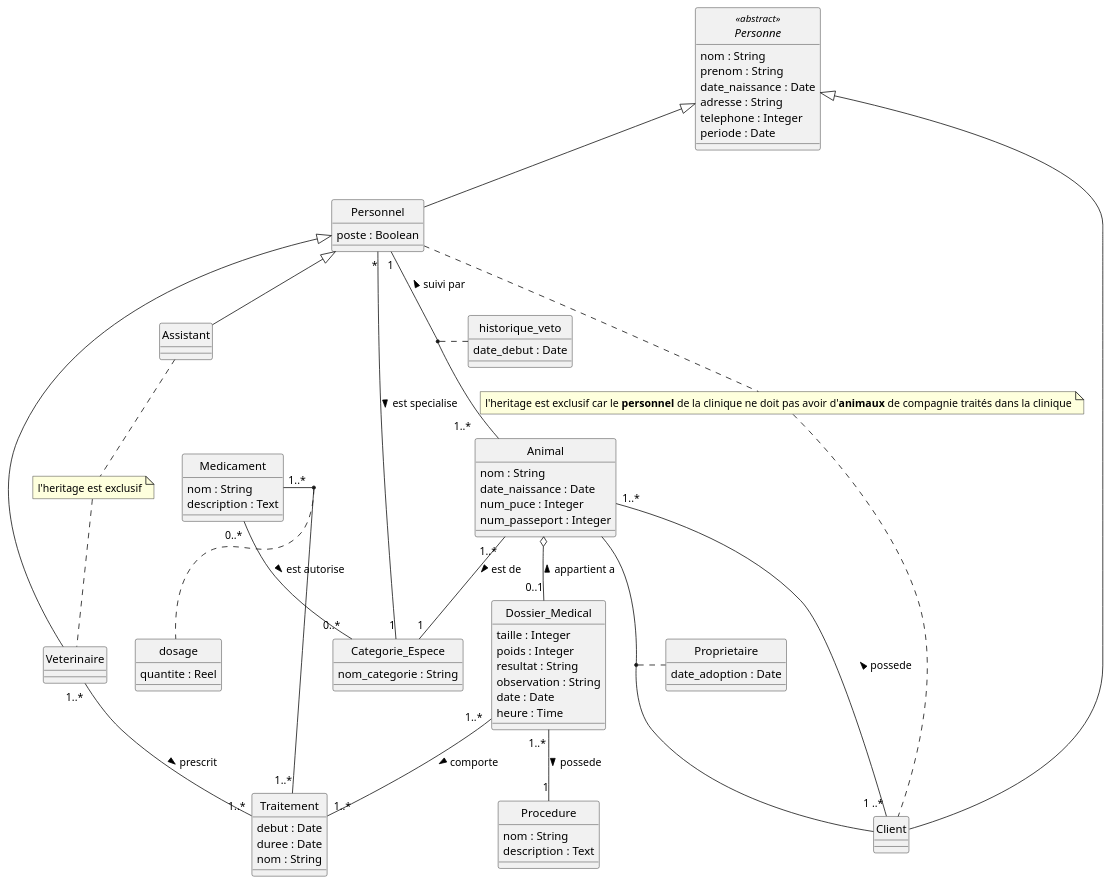
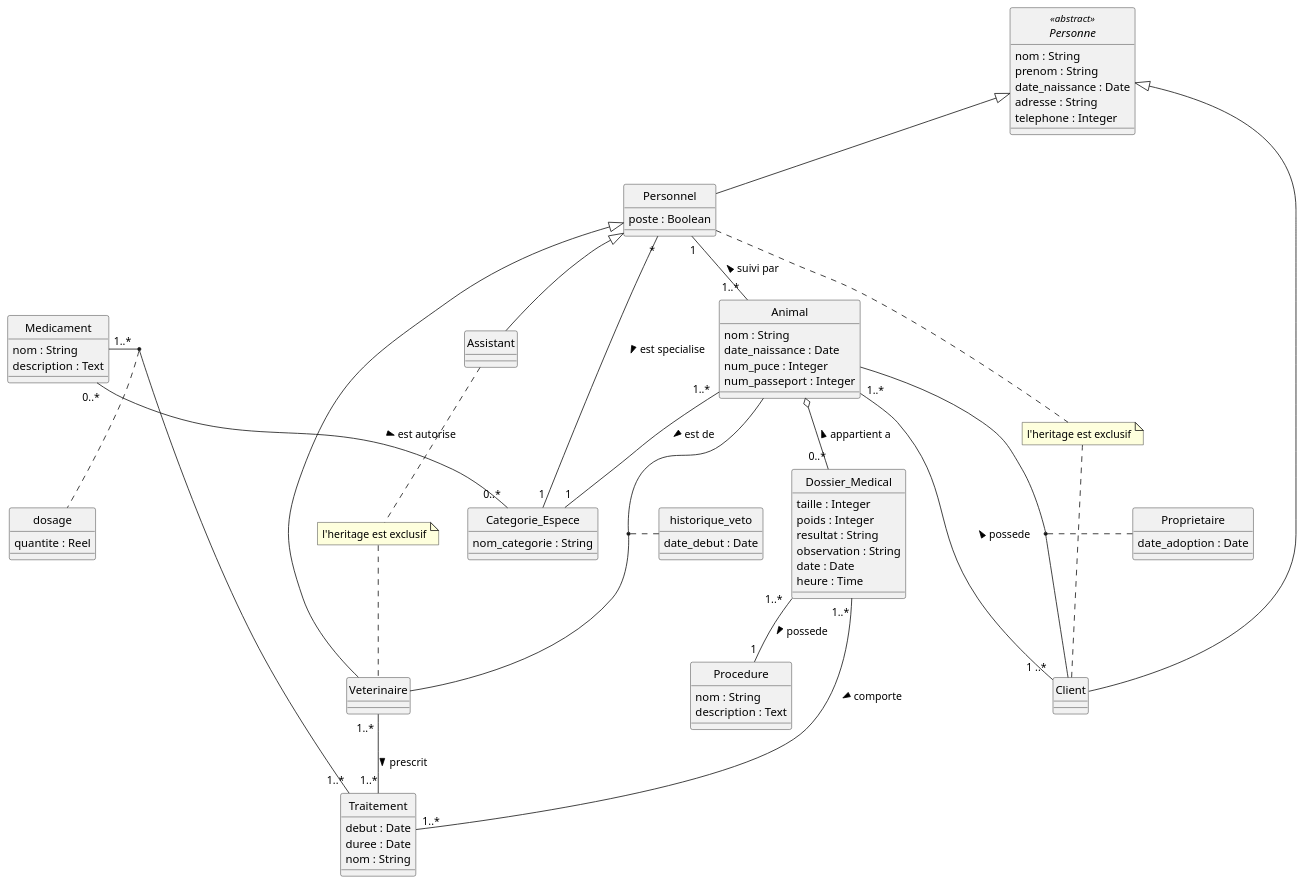
Before and after one commit to eddymonji/Clinique_Veterinaire: the diagram in veto.plantuml, drawn with PlantUML.

Commit message:
supprimé periode dans Personne, changé la cardinalité entre animal et dossier_medical, changé le lien entre animal-personne pour animal-vétérinaire

```diff
--- a/veto.plantuml
+++ b/veto.plantuml
@@ -1,108 +1,107 @@
 @startuml Clinique Veterinaire
 skinparam Style strictuml
 skinparam SequenceMessageAlignment center
 
 abstract class Personne <<abstract>> {
     nom : String 
     prenom : String
     date_naissance : Date
     adresse : String
     telephone : Integer
-    periode : Date 
 }
 
 class Personnel {
     poste : Boolean 
 }
 
 class Veterinaire
 
 class Assistant
 
 class Client {
 }
 
 class Animal {
     nom : String
     date_naissance : Date 
     num_puce : Integer
     num_passeport : Integer
 }
 
 class Categorie_Espece{
     nom_categorie : String
 }
 
 class Medicament {
     nom : String
     description : Text
 }
 
 class Traitement {
     debut : Date
     duree : Date 
     nom : String
 
 }
 
 class Dossier_Medical {
     taille : Integer
     poids : Integer
     resultat : String
     observation : String
     date : Date 
     heure : Time 
 }
 
 class Procedure{
     nom : String
     description : Text 
 }
 
 class dosage {
     quantite : Reel
 }
 
 class historique_veto {
     date_debut : Date
 }
 
 class Proprietaire{
     date_adoption : Date
 }
 
 
 Medicament "1..*" - "1..*" Traitement
 (Medicament, Traitement) .. dosage
 
 Personne <|-- Personnel
 Personne <|-- Client
 
 Personnel <|-- Assistant
 Personnel <|-- Veterinaire
 Personnel "*" -- "1" Categorie_Espece : est specialise >
 Personnel "1" -- "1..* " Animal : < suivi par
-(Animal, Personnel) .. historique_veto
+(Animal, Veterinaire) .. historique_veto
 (Animal, Client) .. Proprietaire
 
 Animal "1..* " -- "1" Categorie_Espece : est de >
 Animal "1..* " -- "1 ..*" Client : < possede
-Animal o-- "0..1" Dossier_Medical : < appartient a 
+Animal o-- "0..*" Dossier_Medical : < appartient a 
 
 Dossier_Medical "1..* " -- "1..*" Traitement : comporte >
 Dossier_Medical "1..* " -- "1" Procedure : possede >
 
 Veterinaire "1..* " -- "1..*" Traitement : prescrit >
 
 Medicament "0..* " -- "0..*" Categorie_Espece : est autorise > 
 
 
-note "l'heritage est exclusif car le <b>personnel</b> de la clinique ne doit pas avoir d'<b>animaux</b> de compagnie traités dans la clinique" as N2
+note "l'heritage est exclusif" as N2
 Personnel .. N2
 N2 .. Client
 
 note "l'heritage est exclusif" as N3
 Assistant .. N3
 N3 .. Veterinaire
 
 @enduml
```
